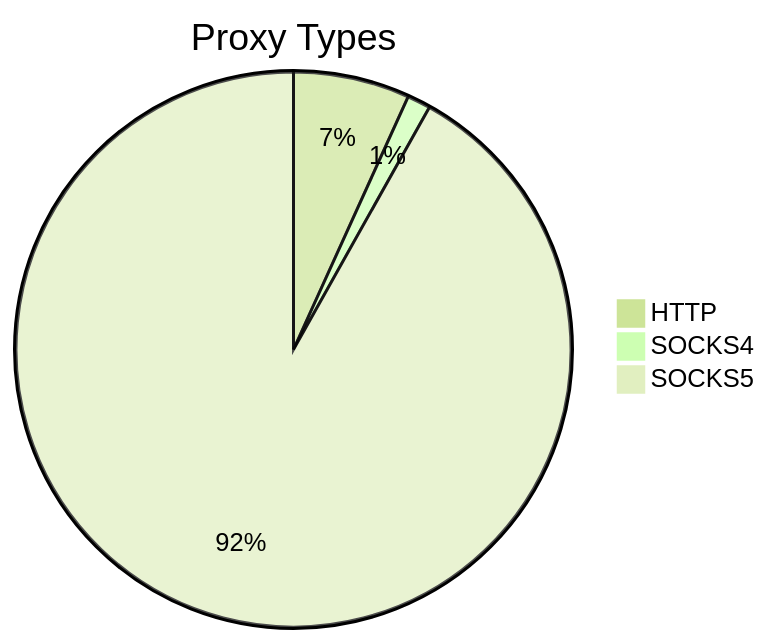
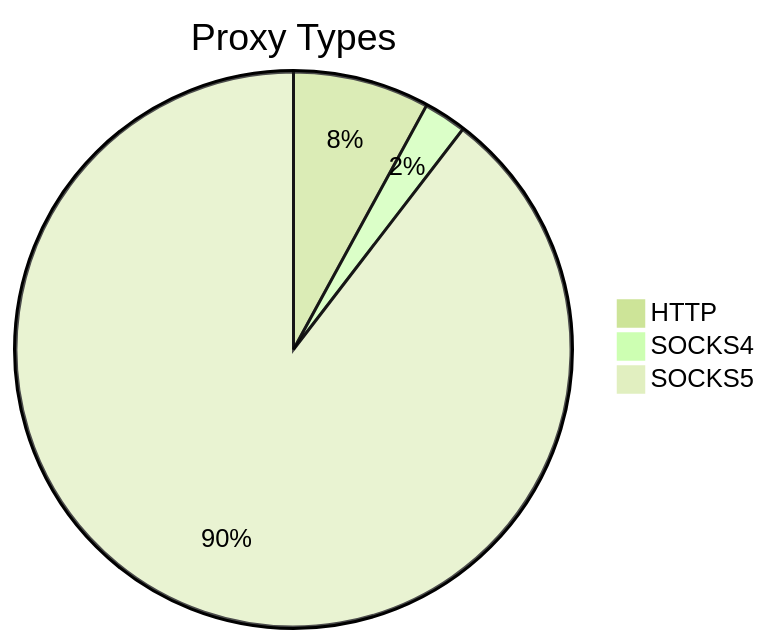
Before and after one commit to stormsia/proxy-list: the first of 2 diagrams in README.md, drawn with Mermaid (forest theme). The commit also changed other lines of this file, not shown here.

````diff
--- a/README.md
+++ b/README.md
@@ -21,6 +21,6 @@
 ```mermaid
 pie title Proxy Types
-    "HTTP" : 493
-    "SOCKS4" : 99
-    "SOCKS5" : 6682
+    "HTTP" : 630
+    "SOCKS4" : 197
+    "SOCKS5" : 7100
 ```
````
